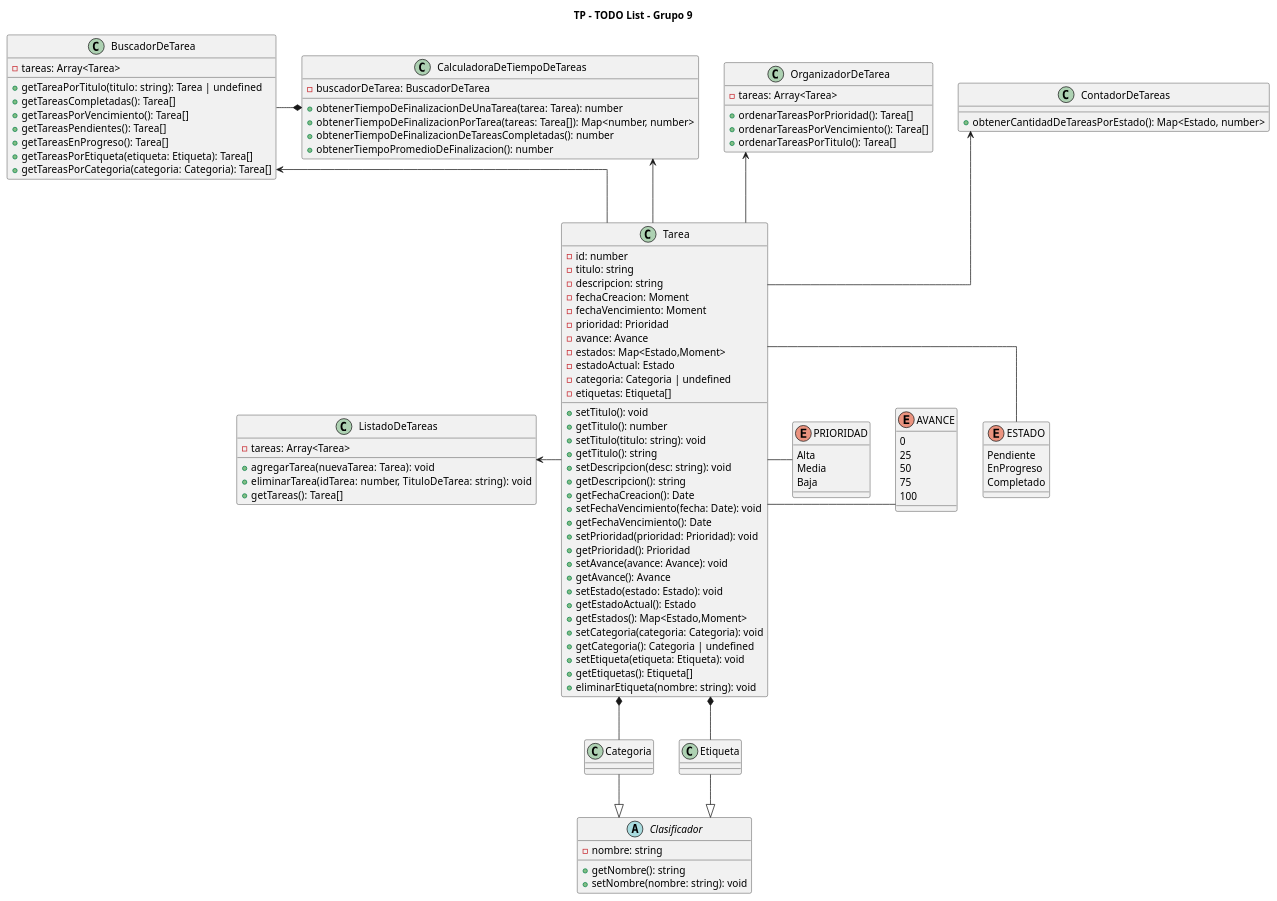
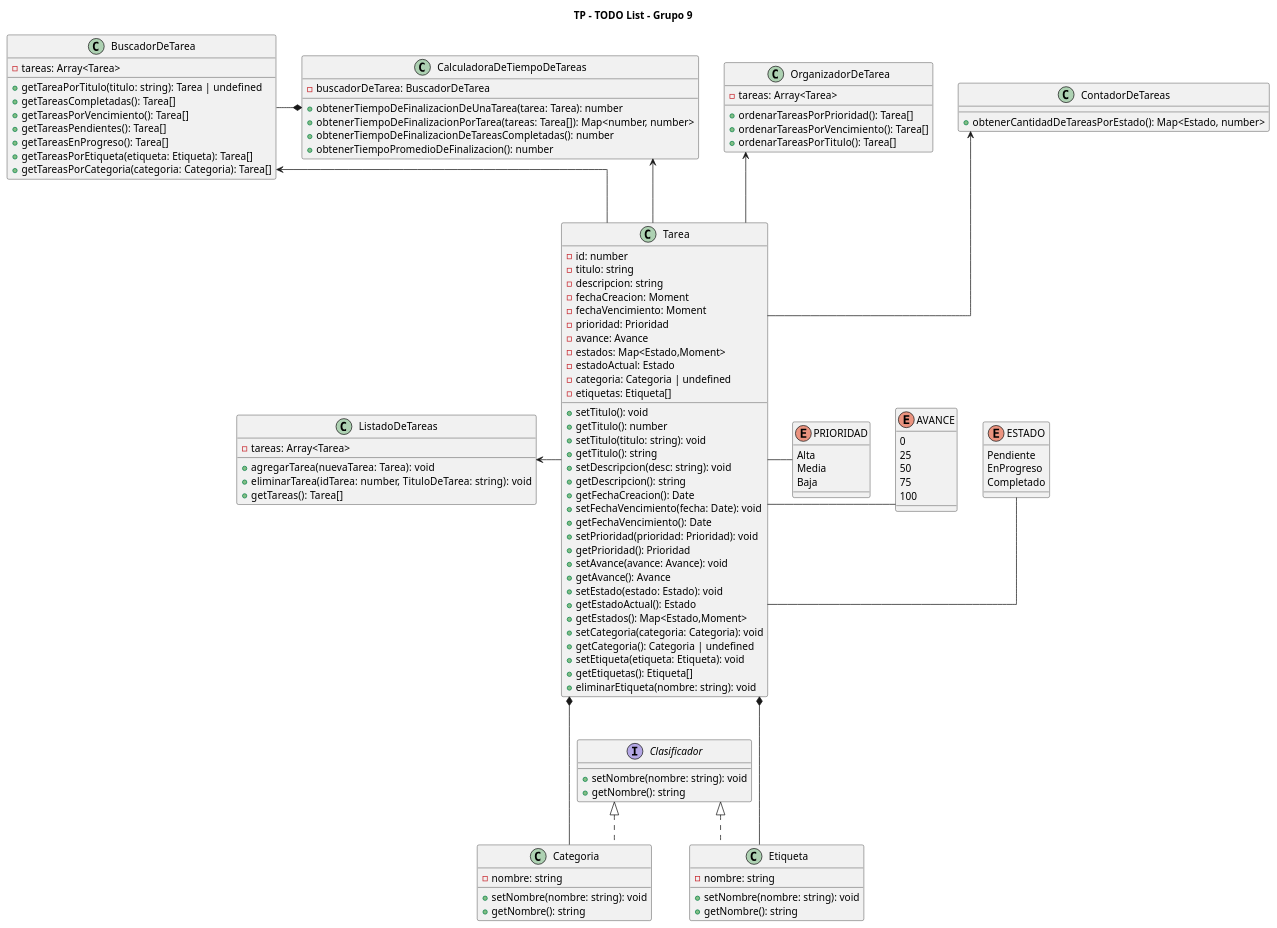
One commit to FrancisLuna/ToDo-POO-Grupo-9 changed the diagram in Diagrama/diagrama.puml. Above: the diagram before and after it, drawn with PlantUML. The commit also changed 5 other files, not shown here.

```diff
--- a/Diagrama/diagrama.puml
+++ b/Diagrama/diagrama.puml
@@ -1,125 +1,131 @@
 @startuml ToDoList
 
 title TP - TODO List - Grupo 9
 skinparam lineType ortho
 
 class Tarea{
    - id: number
    - titulo: string
    - descripcion: string
    - fechaCreacion: Moment
    - fechaVencimiento: Moment
    - prioridad: Prioridad
    - avance: Avance
    - estados: Map<Estado,Moment>
    - estadoActual: Estado
    - categoria: Categoria | undefined
    - etiquetas: Etiqueta[]
     
     + setTitulo(): void
     + getTitulo(): number
     + setTitulo(titulo: string): void
     + getTitulo(): string
     + setDescripcion(desc: string): void
     + getDescripcion(): string
     + getFechaCreacion(): Date
     + setFechaVencimiento(fecha: Date): void
     + getFechaVencimiento(): Date
     + setPrioridad(prioridad: Prioridad): void
     + getPrioridad(): Prioridad
     + setAvance(avance: Avance): void
     + getAvance(): Avance
     + setEstado(estado: Estado): void
     + getEstadoActual(): Estado
     + getEstados(): Map<Estado,Moment>
     + setCategoria(categoria: Categoria): void
     + getCategoria(): Categoria | undefined
     + setEtiqueta(etiqueta: Etiqueta): void
     + getEtiquetas(): Etiqueta[]
     + eliminarEtiqueta(nombre: string): void
 }
 
 class ListadoDeTareas{
     - tareas: Array<Tarea>
     + agregarTarea(nuevaTarea: Tarea): void
     + eliminarTarea(idTarea: number, TituloDeTarea: string): void
     + getTareas(): Tarea[]
 }
 
 class BuscadorDeTarea{
     - tareas: Array<Tarea>
 
     + getTareaPorTitulo(titulo: string): Tarea | undefined
     + getTareasCompletadas(): Tarea[]
     + getTareasPorVencimiento(): Tarea[]
     + getTareasPendientes(): Tarea[]
     + getTareasEnProgreso(): Tarea[]
     + getTareasPorEtiqueta(etiqueta: Etiqueta): Tarea[]
     + getTareasPorCategoria(categoria: Categoria): Tarea[]
 }
 
 class OrganizadorDeTarea{
     - tareas: Array<Tarea>
 
     + ordenarTareasPorPrioridad(): Tarea[]
     + ordenarTareasPorVencimiento(): Tarea[]
     + ordenarTareasPorTitulo(): Tarea[]
 }
 
 class CalculadoraDeTiempoDeTareas{
     - buscadorDeTarea: BuscadorDeTarea
 
     + obtenerTiempoDeFinalizacionDeUnaTarea(tarea: Tarea): number
     + obtenerTiempoDeFinalizacionPorTarea(tareas: Tarea[]): Map<number, number>
     + obtenerTiempoDeFinalizacionDeTareasCompletadas(): number
     + obtenerTiempoPromedioDeFinalizacion(): number
 }
 
 class ContadorDeTareas{
     + obtenerCantidadDeTareasPorEstado(): Map<Estado, number>
 }
 
-abstract class Clasificador{
-    - nombre: string
-
+interface Clasificador{
+    + setNombre(nombre: string): void
     + getNombre(): string
-    + setNombre(nombre: string): void
 }
 
-class Categoria {}
-class Etiqueta {}
+class Categoria implements Clasificador{
+    - nombre: string
+    + setNombre(nombre: string): void
+    + getNombre(): string
+}
+
+class Etiqueta implements Clasificador{
+    - nombre: string
+    + setNombre(nombre: string): void
+    + getNombre(): string
+}
 
 ENUM ESTADO{
     Pendiente
     EnProgreso
     Completado
 }
 
 ENUM AVANCE{
     0
     25
     50
     75
     100
 }
 
 ENUM PRIORIDAD{
     Alta
     Media
     Baja
 }
 
 CalculadoraDeTiempoDeTareas <-- Tarea
 ContadorDeTareas <-- Tarea
 OrganizadorDeTarea <-- Tarea
 BuscadorDeTarea <-- Tarea
+Tarea -[hidden]-> Clasificador
 Tarea *-- Categoria
 Tarea *-- Etiqueta
 Tarea -left-> ListadoDeTareas
-Categoria --|> Clasificador
-Etiqueta --|> Clasificador
 Tarea -right- ESTADO
 Tarea -right- AVANCE
 Tarea -right- PRIORIDAD
 CalculadoraDeTiempoDeTareas *-left- BuscadorDeTarea
 @enduml
```
